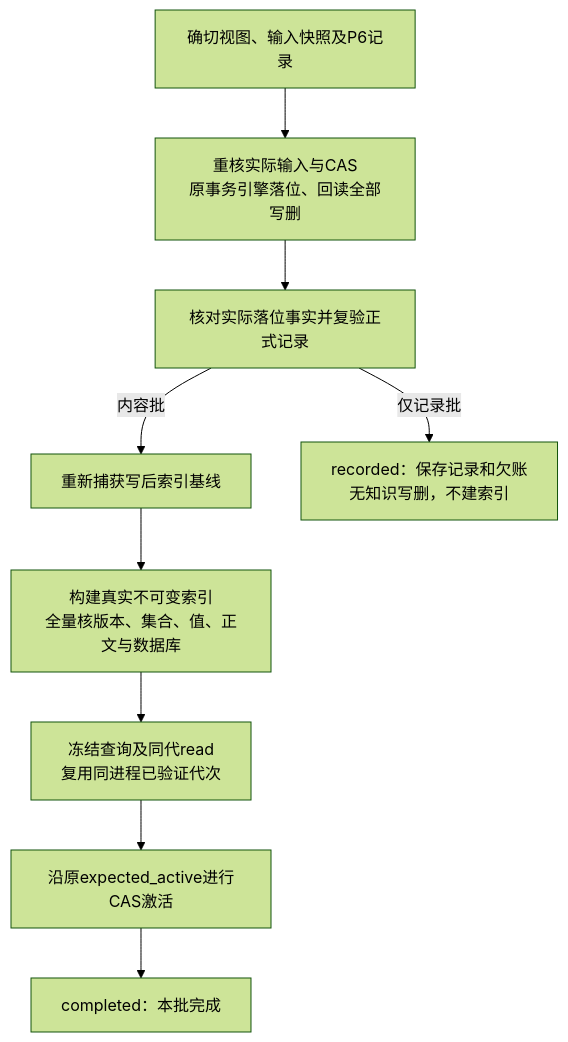
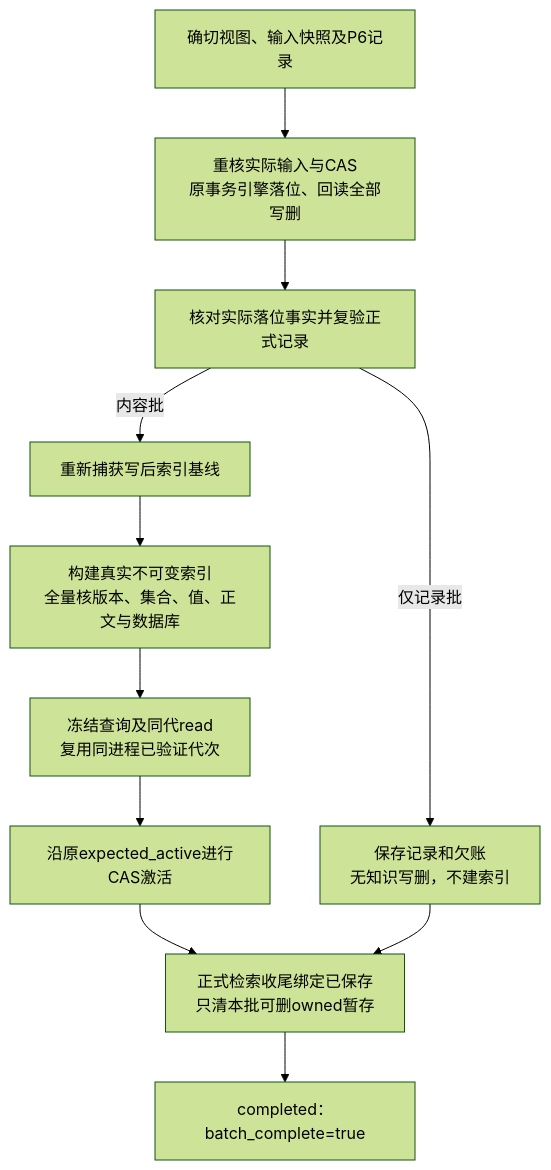
One commit to Robin-hhc/FactumCore changed diagram 18 of 27 in himate-knowledge-wifi-mp/docs-llm-wiki/知识库详细设计.md. Above: the diagram before and after it, drawn with Mermaid (forest theme). The commit also changed other lines of this file and 11 other files, not shown here.

````diff
--- a/himate-knowledge-wifi-mp/docs-llm-wiki/知识库详细设计.md
+++ b/himate-knowledge-wifi-mp/docs-llm-wiki/知识库详细设计.md
@@ -713,11 +713,13 @@
 ```mermaid
 flowchart TD
     INPUT["确切视图、输入快照及P6记录"] --> SAFE["重核实际输入与CAS<br/>原事务引擎落位、回读全部写删"]
     SAFE --> RECORD["核对实际落位事实并复验正式记录"]
     RECORD -->|内容批| BASE["重新捕获写后索引基线"]
     BASE --> BUILD["构建真实不可变索引<br/>全量核版本、集合、值、正文与数据库"]
     BUILD --> QUERIES["冻结查询及同代read<br/>复用同进程已验证代次"]
     QUERIES --> CAS["沿原expected_active进行CAS激活"]
-    CAS --> DONE["completed：本批完成"]
-    RECORD -->|仅记录批| SAVED["recorded：保存记录和欠账<br/>无知识写删，不建索引"]
+    CAS --> CLEAN["正式检索收尾绑定已保存<br/>只清本批可删owned暂存"]
+    CLEAN --> DONE["completed：batch_complete=true"]
+    RECORD -->|仅记录批| SAVED["保存记录和欠账<br/>无知识写删，不建索引"]
+    SAVED --> CLEAN
 ```
````
